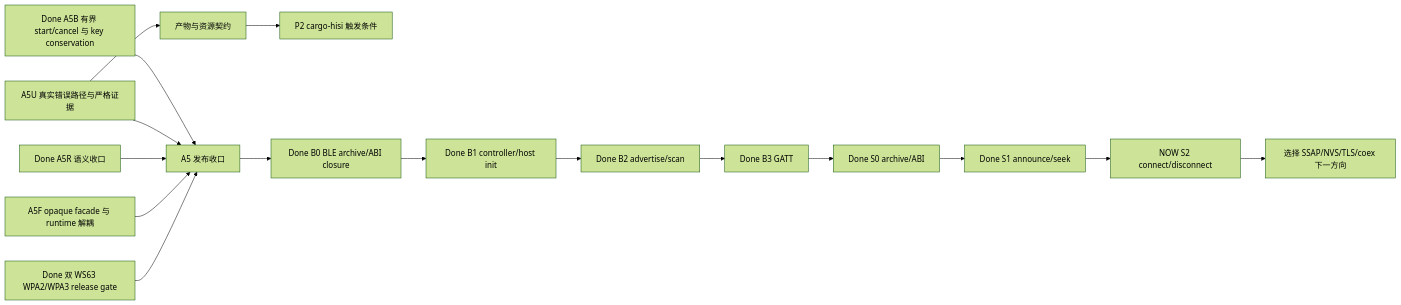
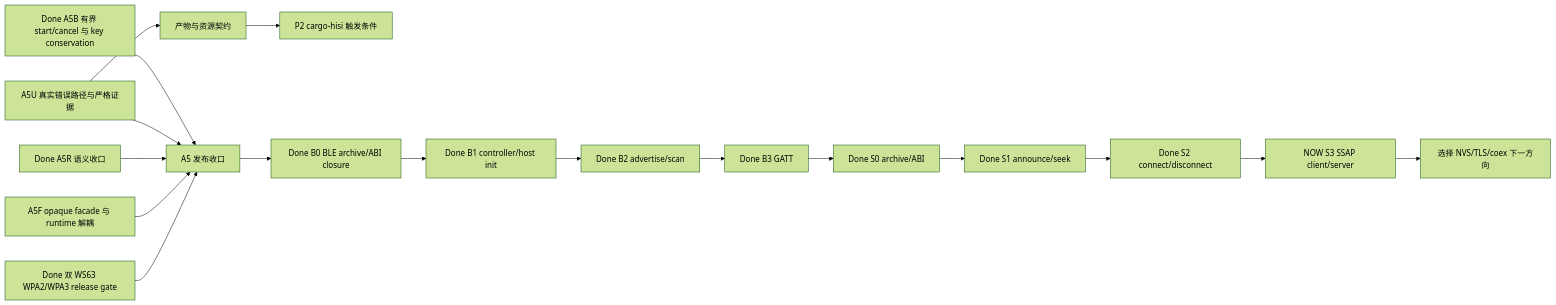
The diagram in docs/plan/README.md (hispark-rs/hisi-riscv-rs), drawn with Mermaid (forest theme) before and after one commit. The commit also changed other lines of this file and 5 other files, not shown here.

````diff
--- a/docs/plan/README.md
+++ b/docs/plan/README.md
@@ -41,18 +41,19 @@
 ```mermaid
 flowchart LR
     A5B["Done A5B 有界 start/cancel 与 key conservation"] --> A5["A5 发布收口"]
     A5U["A5U 真实错误路径与严格证据"] --> A5
     A5U --> REPORT["产物与资源契约"]
     REPORT --> CLI["P2 cargo-hisi 触发条件"]
     A5R["Done A5R 语义收口"] --> A5
     A5F["A5F opaque facade 与 runtime 解耦"] --> A5
     WPA3["Done 双 WS63 WPA2/WPA3 release gate"] --> A5
     A5 --> B0["Done B0 BLE archive/ABI closure"]
     B0 --> B1["Done B1 controller/host init"]
     B1 --> B2["Done B2 advertise/scan"]
     B2 --> B3["Done B3 GATT"]
     B3 --> S0["Done S0 archive/ABI"]
     S0 --> S1["Done S1 announce/seek"]
-    S1 --> S2["NOW S2 connect/disconnect"]
-    S2 --> NEXT["选择 SSAP/NVS/TLS/coex 下一方向"]
+    S1 --> S2["Done S2 connect/disconnect"]
+    S2 --> S3["NOW S3 SSAP client/server"]
+    S3 --> NEXT["选择 NVS/TLS/coex 下一方向"]
 ```
````
